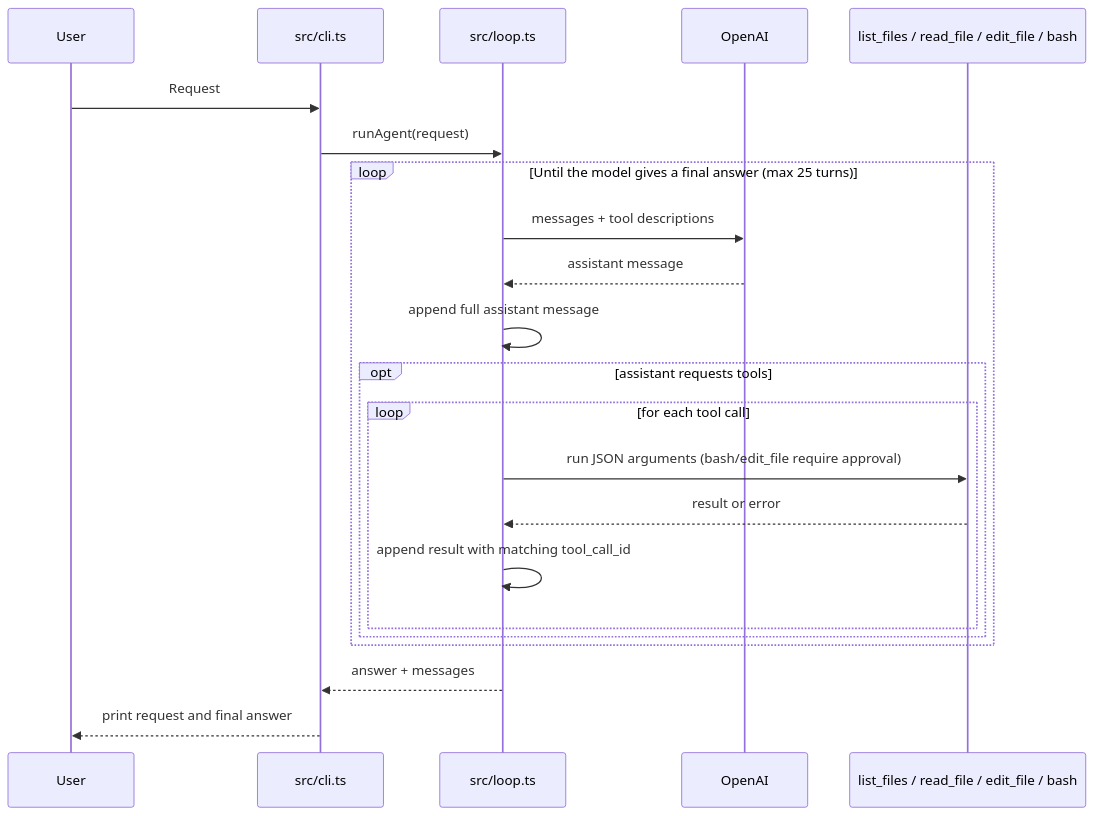
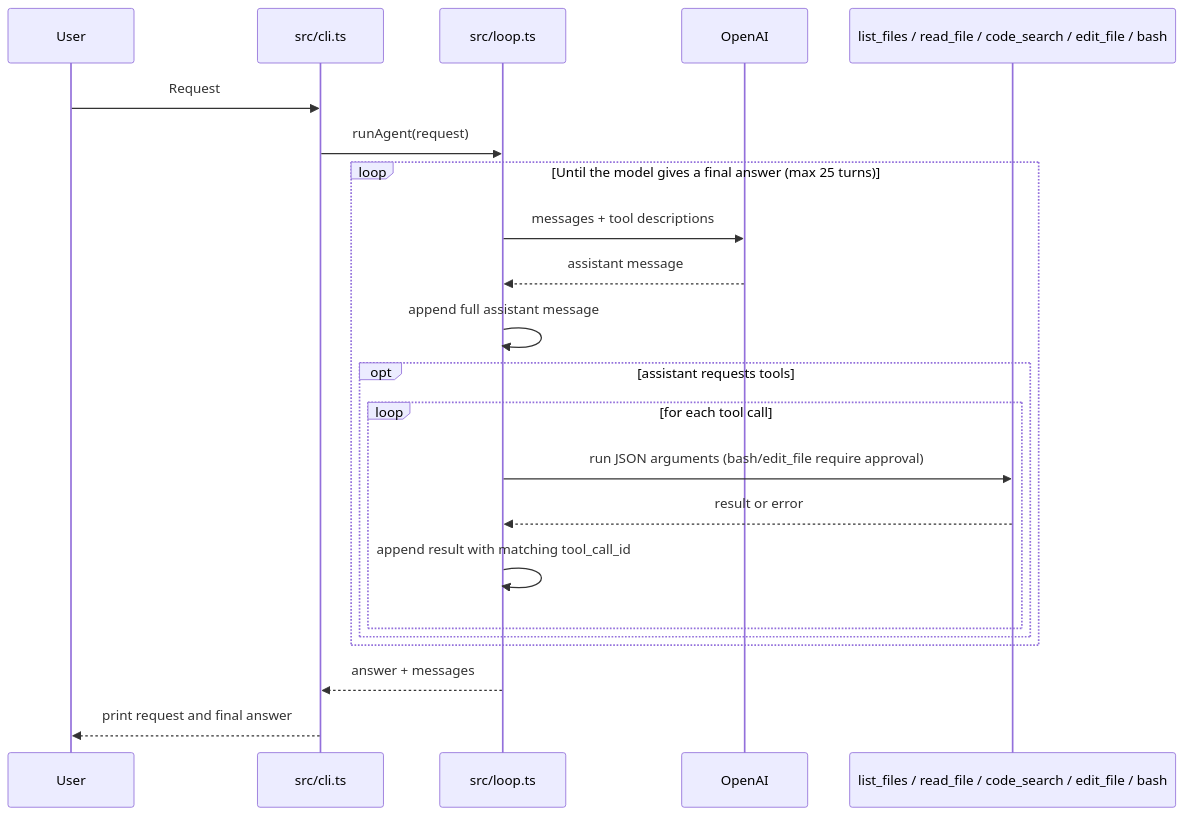
The diagram in README.md (petermekhaeil/mini-agent), drawn with Mermaid before and after one commit. The commit also changed other lines of this file and 4 other files, not shown here.

First line of the commit message:
feat(agent): Add ripgrep code search tool

````diff
--- a/README.md
+++ b/README.md
@@ -22,25 +25,25 @@
 ```mermaid
 sequenceDiagram
     participant User
     participant CLI as src/cli.ts
     participant Agent as src/loop.ts
     participant OpenAI
-    participant Tools as list_files / read_file / edit_file / bash
+    participant Tools as list_files / read_file / code_search / edit_file / bash
 
     User->>CLI: Request
     CLI->>Agent: runAgent(request)
     loop Until the model gives a final answer (max 25 turns)
         Agent->>OpenAI: messages + tool descriptions
         OpenAI-->>Agent: assistant message
         Agent->>Agent: append full assistant message
         opt assistant requests tools
             loop for each tool call
                 Agent->>Tools: run JSON arguments (bash/edit_file require approval)
                 Tools-->>Agent: result or error
                 Agent->>Agent: append result with matching tool_call_id
             end
         end
     end
     Agent-->>CLI: answer + messages
     CLI-->>User: print request and final answer
 ```
````
